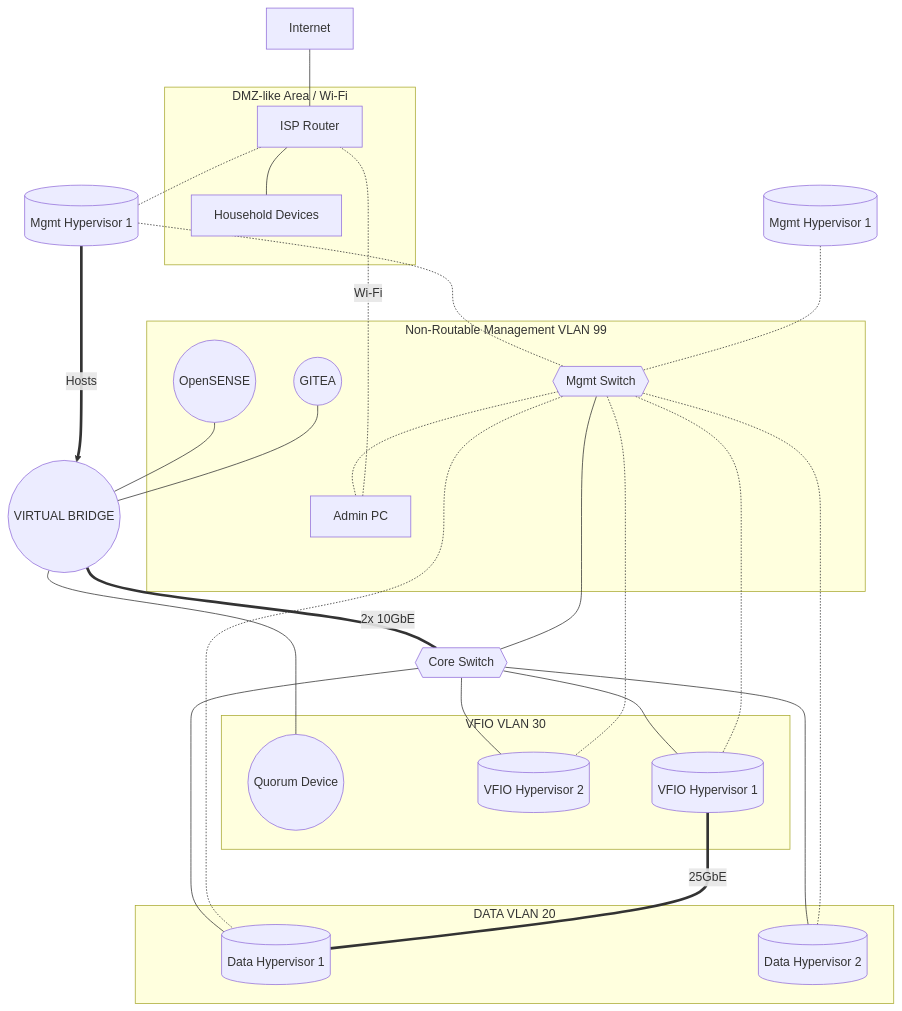
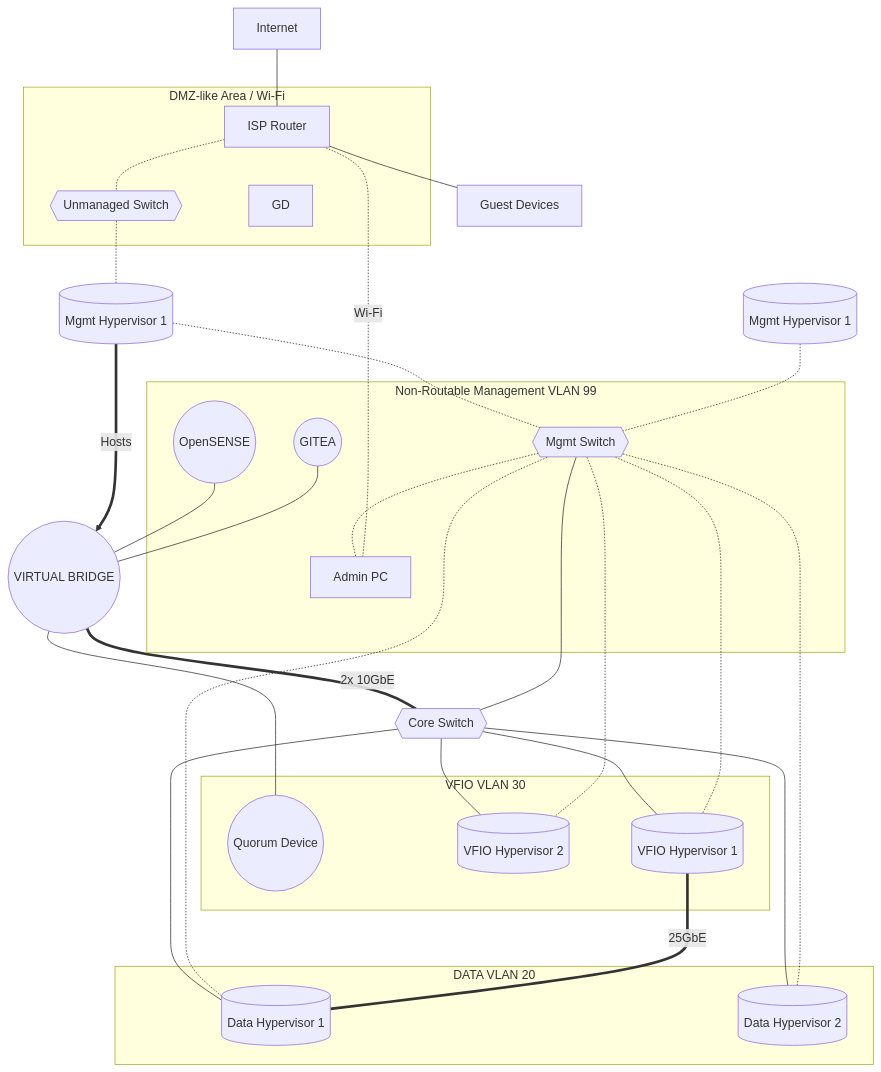
One commit to woeiru/lab changed the diagram in arc/net1.md. Above: the diagram before and after it, drawn with Mermaid.

Commit message:
arc/net1.md: introduce unmanaged switch and guest devices

````diff
--- a/arc/net1.md
+++ b/arc/net1.md
@@ -3,44 +3,46 @@
 ```mermaid
 graph TD
     INT[Internet] --- ISPR[ISP Router]
-    ISPR -.- MH1
+    ISPR -.- US
+    US{{Unmanaged Switch}} -.- MH1
     OPN((OpenSENSE)) --- VB((VIRTUAL BRIDGE))
     GIT((GITEA)) --- VB
     VB --- QD((Quorum Device))
     VB ===|2x 10GbE| CS{{Core Switch}}
     MH1[(Mgmt Hypervisor 1)] -.-  MS{{Mgmt Switch}}
     MH2[(Mgmt Hypervisor 1)] -.-  MS{{Mgmt Switch}}
     MS --- CS
     MS -.- APC[Admin PC]
     APC -.-|Wi-Fi| ISPR
     MH1 ==>|Hosts| VB
     CS --- VH2[(VFIO Hypervisor 2)]
     MS -.- VH2
-    ISPR --- HD[Household Devices]
+    ISPR --- HD[Guest Devices]
     CS --- VH1[(VFIO Hypervisor 1)]
     MS -.- VH1
     CS --- DH1[(Data Hypervisor 1)]
     MS -.- DH1
     CS --- DH2[(Data Hypervisor 2)]
     MS -.- DH2
     VH1 ===|25GbE| DH1
     subgraph VLAN20 [DATA VLAN 20]
         DH1
         DH2
     end
     subgraph VLAN30 [VFIO VLAN 30]
         VH1
         VH2
         QD
     end
     subgraph VLAN99 [Non-Routable Management VLAN 99]
         MS
         APC
         OPN
         GIT
     end
     subgraph DMZ [DMZ-like Area / Wi-Fi]
         ISPR
-        HD
+        GD
+        US
     end
 ```
````
